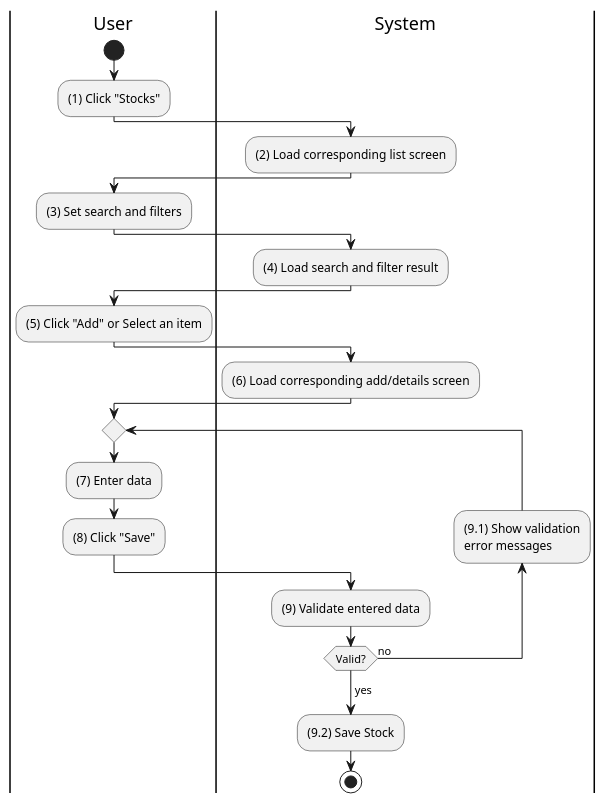
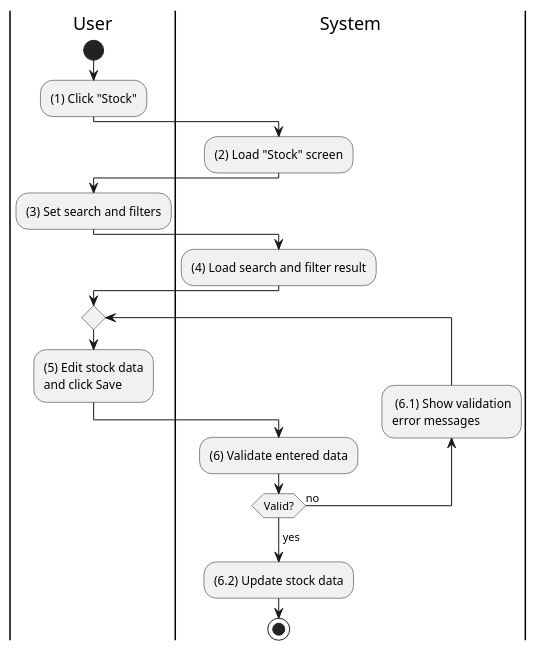
Before and after one commit to phihungha/SE357-Practice-class: the diagram in Lab1/Lab1.2/activities/inventory-stock-manage.plantuml, drawn with PlantUML. The commit also changed 200 other files, not shown here.

Commit message:
Improve purchase and production activities and sequences

```diff
--- a/Lab1/Lab1.2/activities/inventory-stock-manage.plantuml
+++ b/Lab1/Lab1.2/activities/inventory-stock-manage.plantuml
@@ -1,37 +1,29 @@
 @startuml inventory-stock-manage
 |u|User
 |s|System
 
 |u|
 start
-:(1) Click "Stocks";
+:(1) Click "Stock";
 
 |s|
-:(2) Load corresponding list screen;
+:(2) Load "Stock" screen;
 
 |u|
 :(3) Set search and filters;
 
 |s|
 :(4) Load search and filter result;
 
 |u|
-:(5) Click "Add" or Select an item;
-
-|s|
-:(6) Load corresponding add/details screen;
-
-|u|
 repeat
-    :(7) Enter data;
-    :(8) Click "Save";
+    :(5) Edit stock data\nand click Save;
 
     |s|
-    :(9) Validate entered data;
-    backward:(9.1) Show validation
-    error messages;
+    :(6) Validate entered data;
+    backward: (6.1) Show validation\nerror messages;
 repeat while (Valid?) is (no)
 ->yes;
-:(9.2) Save Stock;
+:(6.2) Update stock data;
 stop
 @enduml
```
